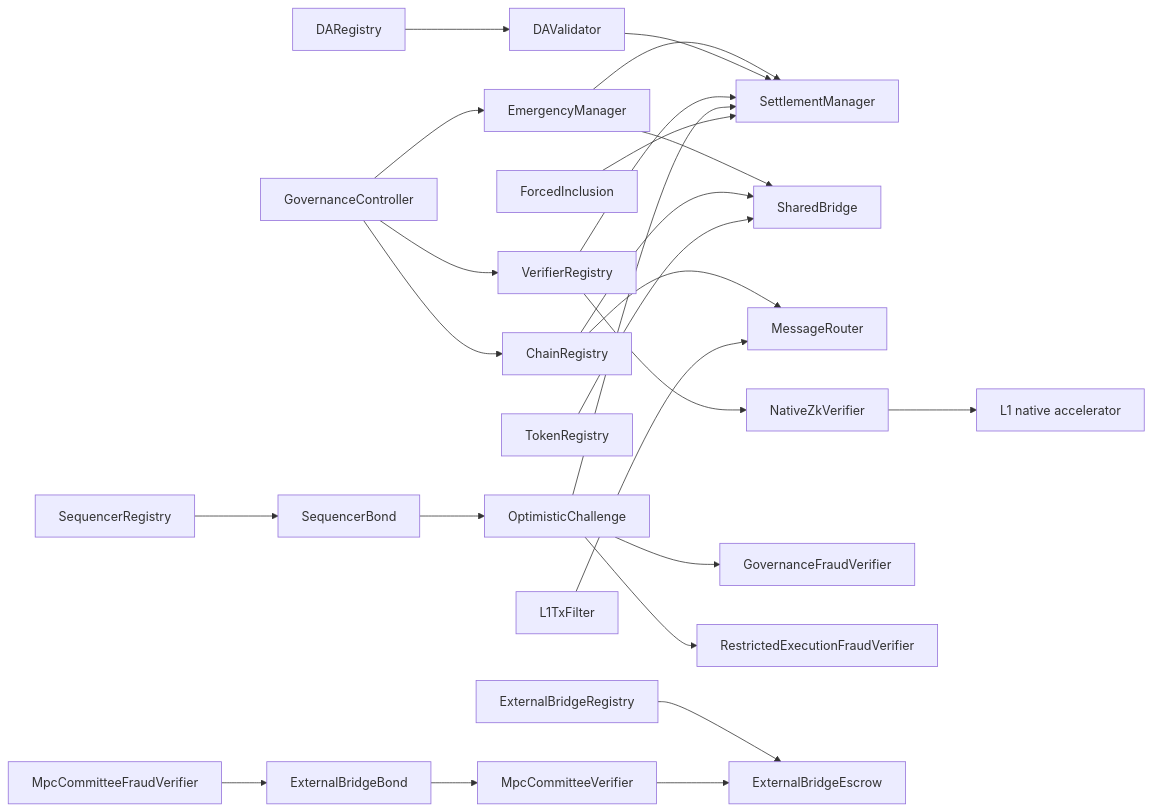
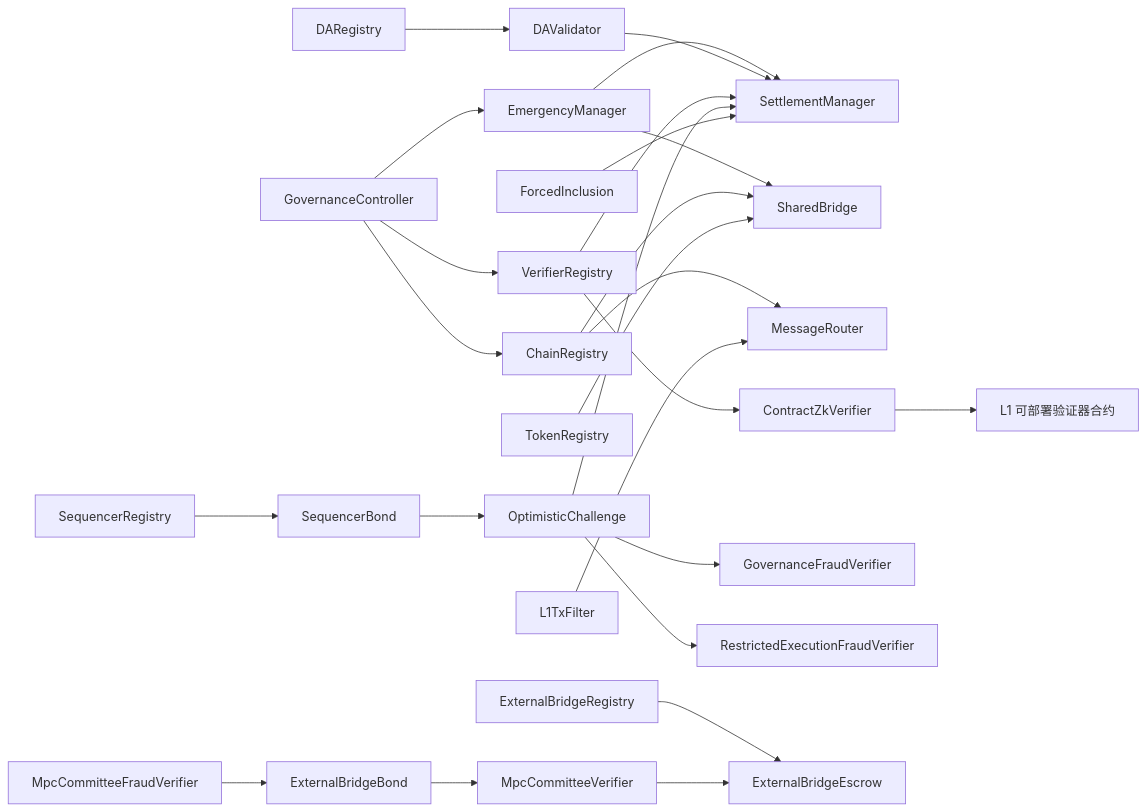
Before and after one commit to r3e-network/neo-n4: the second of 10 diagrams in docs/zh/neohub-architecture-and-workflows.md, drawn with Mermaid. The commit also changed other lines of this file and 97 other files, not shown here.

````diff
--- a/docs/zh/neohub-architecture-and-workflows.md
+++ b/docs/zh/neohub-architecture-and-workflows.md
@@ -117,32 +117,32 @@
 ```mermaid
 flowchart LR
     gov["GovernanceController"] --> chain["ChainRegistry"]
     gov --> verifiers["VerifierRegistry"]
     gov --> emergency["EmergencyManager"]
     emergency --> settle["SettlementManager"]
     emergency --> bridge["SharedBridge"]
 
     chain --> bridge
     chain --> msg["MessageRouter"]
     token["TokenRegistry"] --> bridge
 
     daReg["DARegistry"] --> daVal["DAValidator"]
     daVal --> settle
     verifiers --> settle
-    verifiers --> nativeZk["NativeZkVerifier"]
-    nativeZk --> nativeAcc["L1 native accelerator"]
+    verifiers --> nativeZk["ContractZkVerifier"]
+    nativeZk --> nativeAcc["L1 可部署验证器合约"]
 
     seqReg["SequencerRegistry"] --> bond["SequencerBond"]
     bond --> challenge["OptimisticChallenge"]
     challenge --> settle
     challenge --> govFraud["GovernanceFraudVerifier"]
     challenge --> rexFraud["RestrictedExecutionFraudVerifier"]
 
     force["ForcedInclusion"] --> settle
     filter["L1TxFilter"] --> msg
 
     extReg["ExternalBridgeRegistry"] --> extEscrow["ExternalBridgeEscrow"]
     extBond["ExternalBridgeBond"] --> mpc["MpcCommitteeVerifier"]
     mpc --> extEscrow
     extFraud["MpcCommitteeFraudVerifier"] --> extBond
 ```
````
